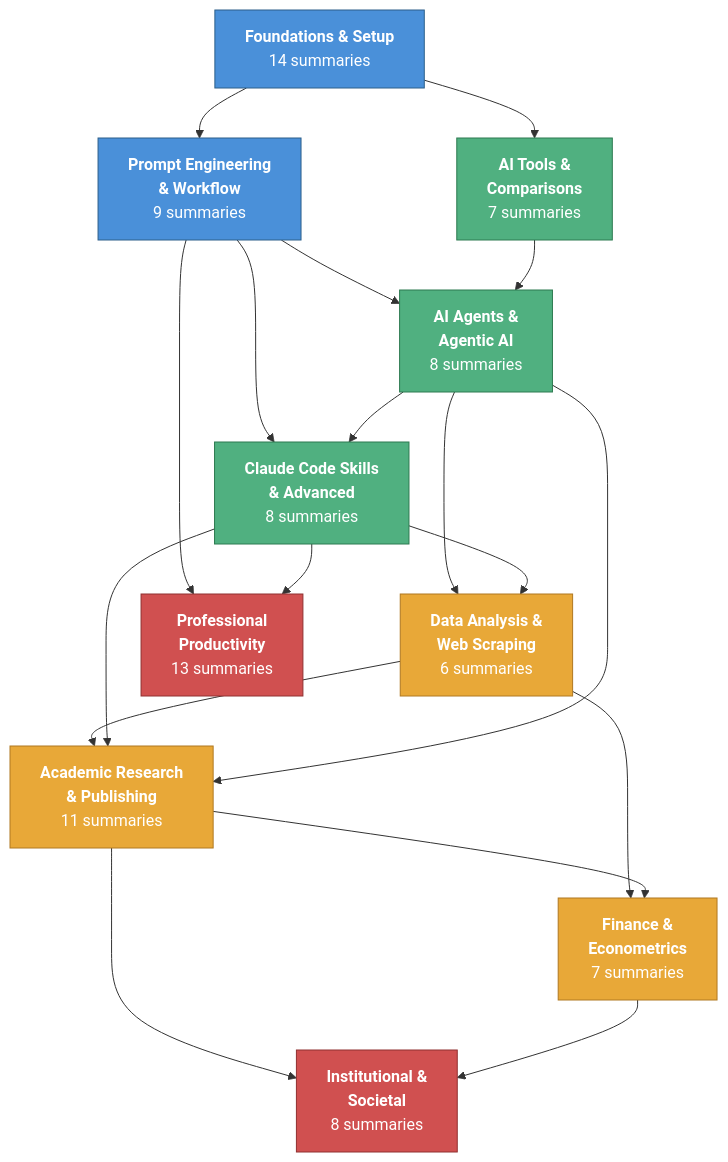
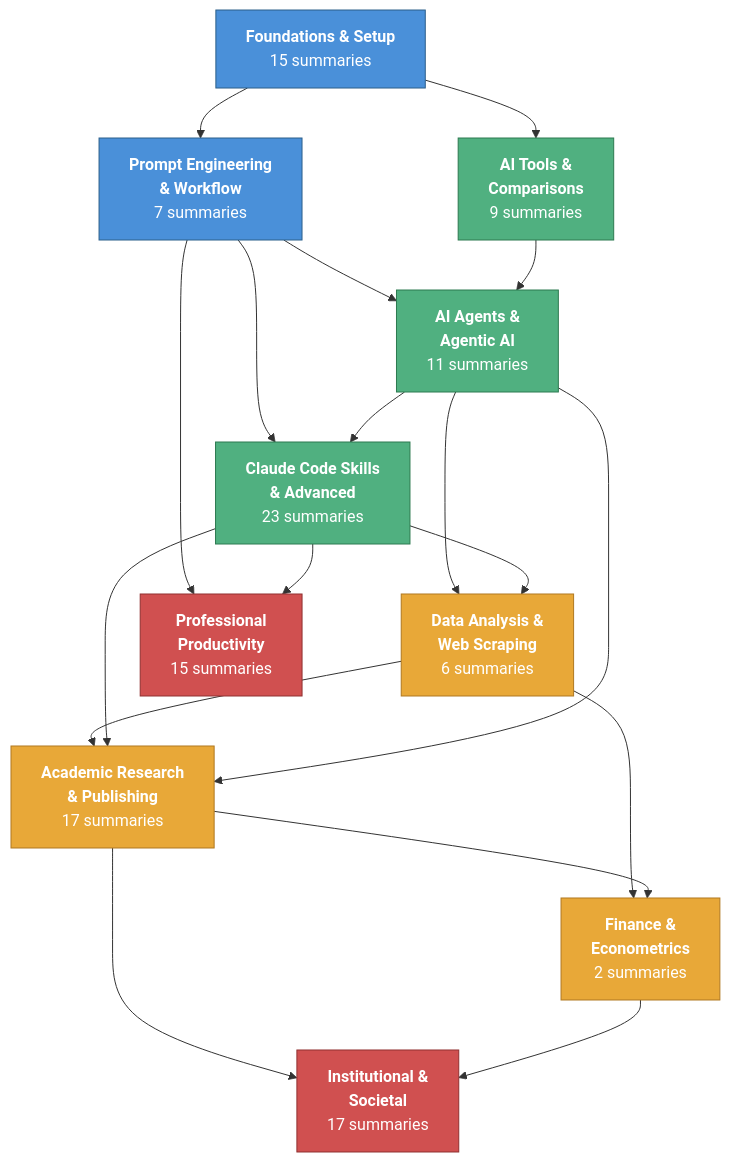
The diagram in wiki/visualizations/category-map.md (velikov-mihail/ai-econ-wiki), drawn with Mermaid before and after one commit. The commit also changed 3 other files, not shown here.

First line of the commit message:
Update home page counts, category map, source timeline, and sidebar layout

````diff
--- a/wiki/visualizations/category-map.md
+++ b/wiki/visualizations/category-map.md
@@ -11,49 +11,49 @@
 ```mermaid
 graph TD
-    FS["<b>Foundations & Setup</b><br/>14 summaries"]
-    PE["<b>Prompt Engineering<br/>& Workflow</b><br/>9 summaries"]
-    AG["<b>AI Agents &<br/>Agentic AI</b><br/>8 summaries"]
-    CS["<b>Claude Code Skills<br/>& Advanced</b><br/>8 summaries"]
+    FS["<b>Foundations & Setup</b><br/>15 summaries"]
+    PE["<b>Prompt Engineering<br/>& Workflow</b><br/>7 summaries"]
+    AG["<b>AI Agents &<br/>Agentic AI</b><br/>11 summaries"]
+    CS["<b>Claude Code Skills<br/>& Advanced</b><br/>23 summaries"]
     DA["<b>Data Analysis &<br/>Web Scraping</b><br/>6 summaries"]
-    AR["<b>Academic Research<br/>& Publishing</b><br/>11 summaries"]
-    FE["<b>Finance &<br/>Econometrics</b><br/>7 summaries"]
-    AT["<b>AI Tools &<br/>Comparisons</b><br/>7 summaries"]
-    IS["<b>Institutional &<br/>Societal</b><br/>8 summaries"]
-    PP["<b>Professional<br/>Productivity</b><br/>13 summaries"]
+    AR["<b>Academic Research<br/>& Publishing</b><br/>17 summaries"]
+    FE["<b>Finance &<br/>Econometrics</b><br/>2 summaries"]
+    AT["<b>AI Tools &<br/>Comparisons</b><br/>9 summaries"]
+    IS["<b>Institutional &<br/>Societal</b><br/>17 summaries"]
+    PP["<b>Professional<br/>Productivity</b><br/>15 summaries"]
 
     %% Foundational layer
     FS --> PE
     FS --> AT
     PE --> AG
     PE --> CS
 
     %% Technical layer
     AG --> CS
     AG --> DA
     CS --> DA
     AT --> AG
 
     %% Applied layer
     DA --> AR
     DA --> FE
     AR --> FE
     CS --> AR
     AG --> AR
 
     %% Productivity & big picture
     PE --> PP
     CS --> PP
     AR --> IS
     FE --> IS
 
     %% Styling
     classDef foundation fill:#4a90d9,stroke:#2c5f8a,color:#fff
     classDef technical fill:#50b080,stroke:#2d7a50,color:#fff
     classDef applied fill:#e8a838,stroke:#b07820,color:#fff
     classDef bigpicture fill:#d05050,stroke:#903030,color:#fff
 
     class FS,PE foundation
     class AG,CS,AT technical
     class DA,AR,FE applied
     class IS,PP bigpicture
 ```
````
